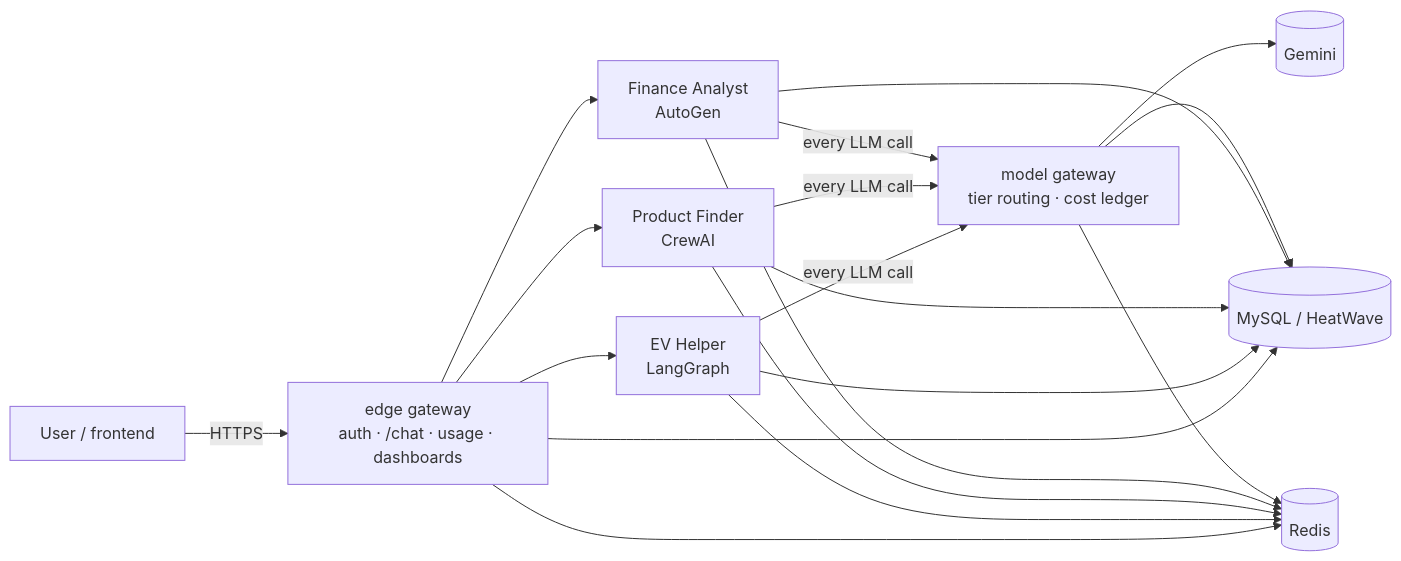
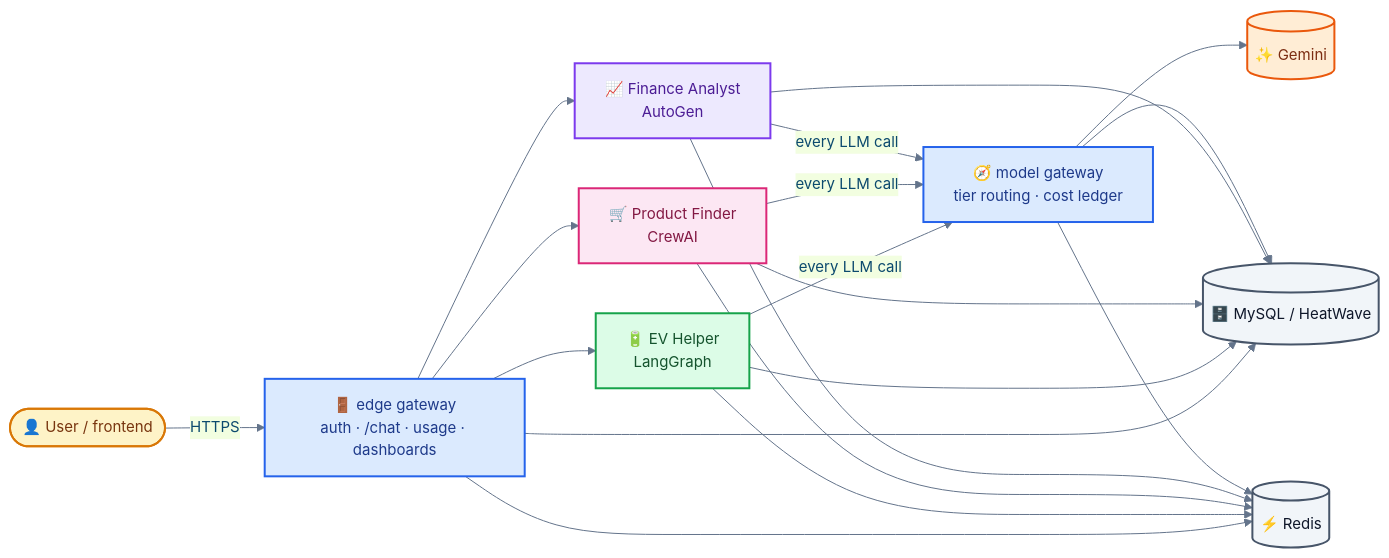
One commit to Everesto-Inc/agency-backend changed the diagram in docs/index.md. Above: the diagram before and after it, drawn with Mermaid. The commit also changed other lines of this file and 9 other files, not shown here.

Commit message:
docs: colour-coded diagrams (roles, grouped sequence), Previous/Next links on every page

````diff
--- a/docs/index.md
+++ b/docs/index.md
@@ -17,11 +17,26 @@
 ```mermaid
+%%{init: {'theme': 'base', 'themeVariables': {'fontSize': '15px', 'lineColor': '#64748b', 'primaryColor': '#e0f2fe', 'primaryBorderColor': '#0284c7', 'primaryTextColor': '#0c4a6e'}}}%%
 flowchart LR
-  U[User / frontend] -->|HTTPS| E[edge gateway<br/>auth · /chat · usage · dashboards]
-  E --> EV[EV Helper<br/>LangGraph]
-  E --> PF[Product Finder<br/>CrewAI]
-  E --> FI[Finance Analyst<br/>AutoGen]
-  EV & PF & FI -->|every LLM call| G[model gateway<br/>tier routing · cost ledger]
-  G --> GEM[(Gemini)]
-  E & EV & PF & FI & G --> DB[(MySQL / HeatWave)]
-  E & EV & PF & FI & G --> R[(Redis)]
+  U([👤 User / frontend]) -->|HTTPS| E[🚪 edge gateway<br/>auth · /chat · usage · dashboards]
+  E --> EV[🔋 EV Helper<br/>LangGraph]
+  E --> PF[🛒 Product Finder<br/>CrewAI]
+  E --> FI[📈 Finance Analyst<br/>AutoGen]
+  EV & PF & FI -->|every LLM call| G[🧭 model gateway<br/>tier routing · cost ledger]
+  G --> GEM[(✨ Gemini)]
+  E & EV & PF & FI & G --> DB[(🗄️ MySQL / HeatWave)]
+  E & EV & PF & FI & G --> R[(⚡ Redis)]
+  classDef user fill:#fef3c7,stroke:#d97706,color:#78350f,stroke-width:2px
+  classDef gateway fill:#dbeafe,stroke:#2563eb,color:#1e3a8a,stroke-width:2px
+  classDef ev fill:#dcfce7,stroke:#16a34a,color:#14532d,stroke-width:2px
+  classDef pf fill:#fce7f3,stroke:#db2777,color:#831843,stroke-width:2px
+  classDef fin fill:#ede9fe,stroke:#7c3aed,color:#4c1d95,stroke-width:2px
+  classDef llm fill:#ffedd5,stroke:#ea580c,color:#7c2d12,stroke-width:2px
+  classDef store fill:#f1f5f9,stroke:#475569,color:#0f172a,stroke-width:2px
+  class U user
+  class E,G gateway
+  class EV ev
+  class PF pf
+  class FI fin
+  class GEM llm
+  class DB,R store
 ```
````
